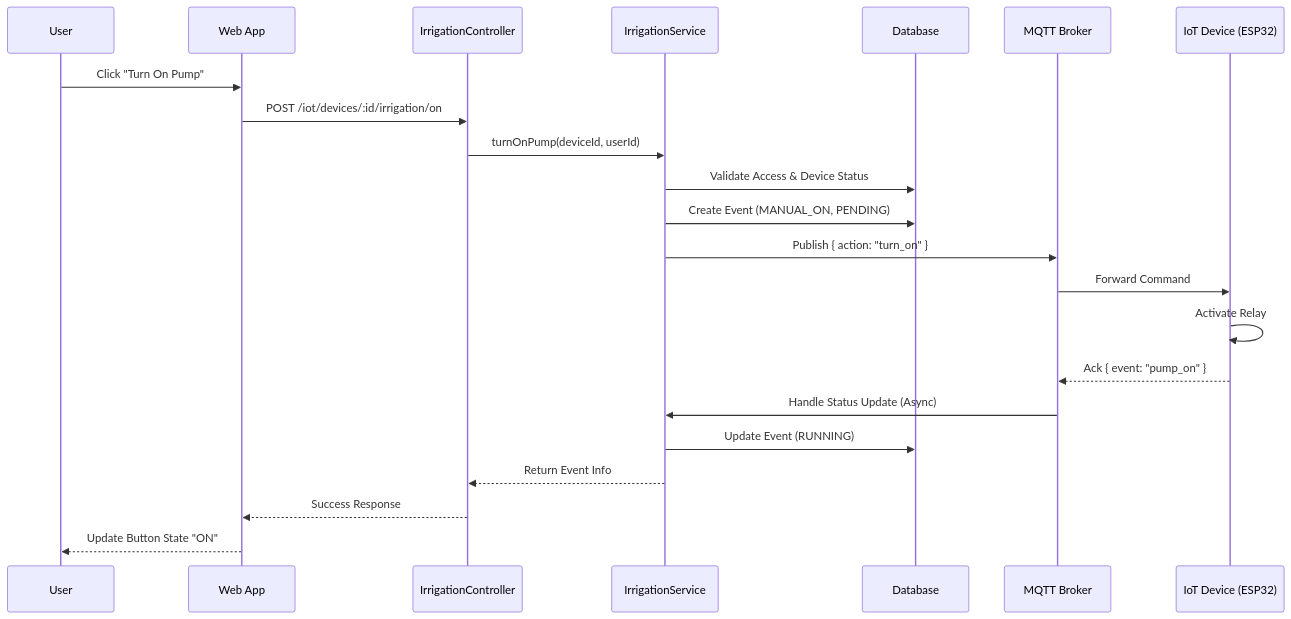
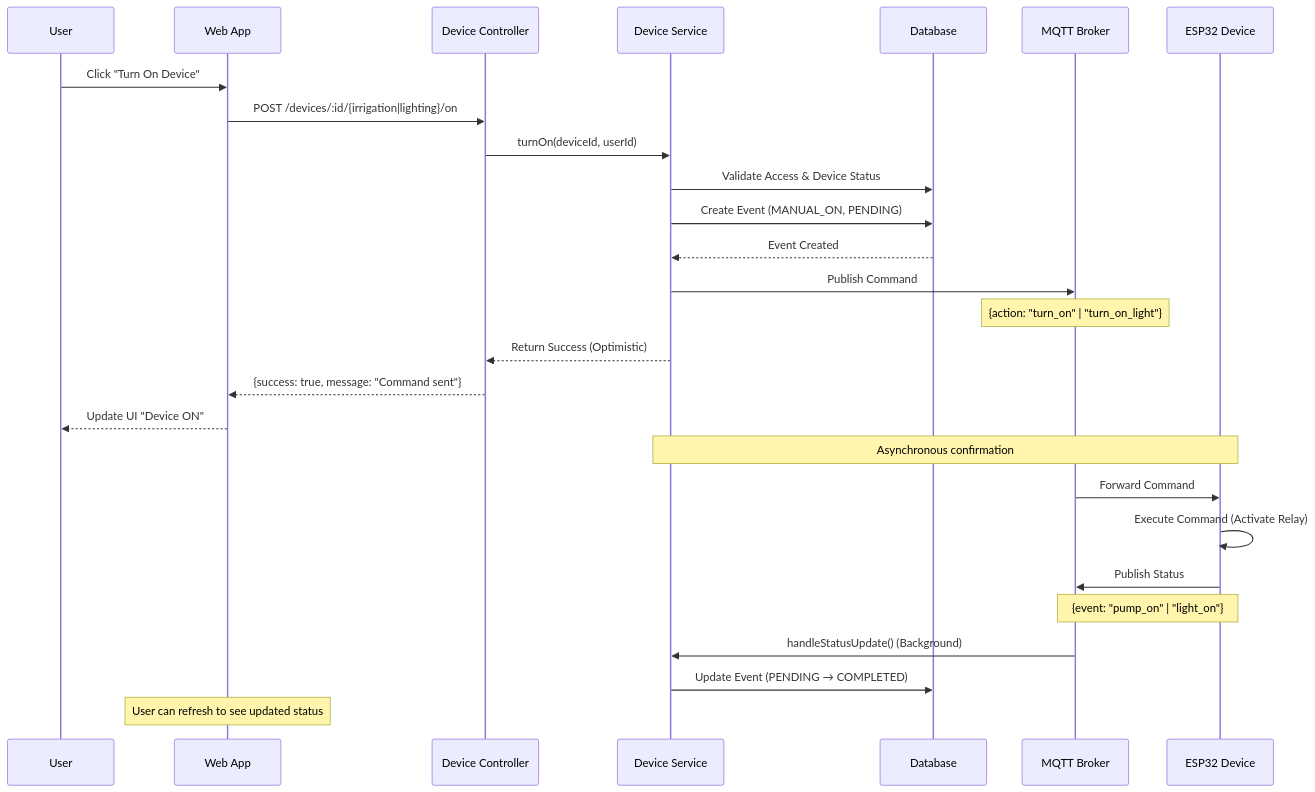
Before and after one commit to duong4444/agribot-dev: the second of 4 diagrams in DOC-TTCS/iot_dashboard_docs.md, drawn with Mermaid. The commit also changed other lines of this file and 8 other files, not shown here.

````diff
--- a/DOC-TTCS/iot_dashboard_docs.md
+++ b/DOC-TTCS/iot_dashboard_docs.md
@@ -82,29 +84,36 @@
 ```mermaid
 sequenceDiagram
     participant U as User
     participant FE as Web App
-    participant CTL as IrrigationController
-    participant SVC as IrrigationService
+    participant CTL as Device Controller
+    participant SVC as Device Service
     participant DB as Database
     participant MQ as MQTT Broker
-    participant DV as IoT Device (ESP32)
+    participant ESP as ESP32 Device
 
-    U->>FE: Click "Turn On Pump"
-    FE->>CTL: POST /iot/devices/:id/irrigation/on
-    CTL->>SVC: turnOnPump(deviceId, userId)
+    U->>FE: Click "Turn On Device"
+    FE->>CTL: POST /devices/:id/{irrigation|lighting}/on
+    CTL->>SVC: turnOn(deviceId, userId)
     
     SVC->>DB: Validate Access & Device Status
     SVC->>DB: Create Event (MANUAL_ON, PENDING)
-    SVC->>MQ: Publish { action: "turn_on" }
+    DB-->>SVC: Event Created
     
-    MQ->>DV: Forward Command
-    DV->>DV: Activate Relay
-    DV-->>MQ: Ack { event: "pump_on" }
+    SVC->>MQ: Publish Command
+    Note over MQ: {action: "turn_on" | "turn_on_light"}
     
-    MQ->>SVC: Handle Status Update (Async)
-    SVC->>DB: Update Event (RUNNING)
+    SVC-->>CTL: Return Success (Optimistic)
+    CTL-->>FE: {success: true, message: "Command sent"}
+    FE-->>U: Update UI "Device ON"
     
-    SVC-->>CTL: Return Event Info
-    CTL-->>FE: Success Response
-    FE-->>U: Update Button State "ON"
+    Note over SVC,ESP: Asynchronous confirmation
+    MQ->>ESP: Forward Command
+    ESP->>ESP: Execute Command (Activate Relay)
+    ESP->>MQ: Publish Status
+    Note over ESP,MQ: {event: "pump_on" | "light_on"}
+    
+    MQ->>SVC: handleStatusUpdate() (Background)
+    SVC->>DB: Update Event (PENDING → COMPLETED)
+    
+    Note over FE: User can refresh to see updated status
 ```
````
